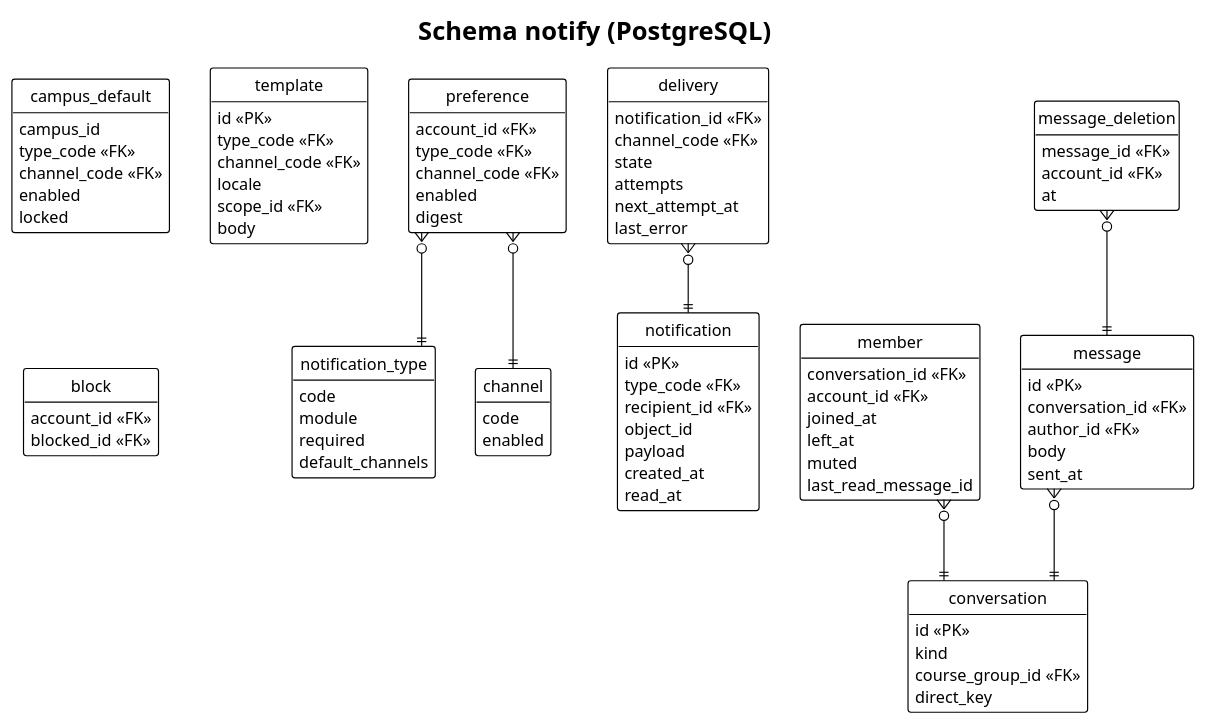
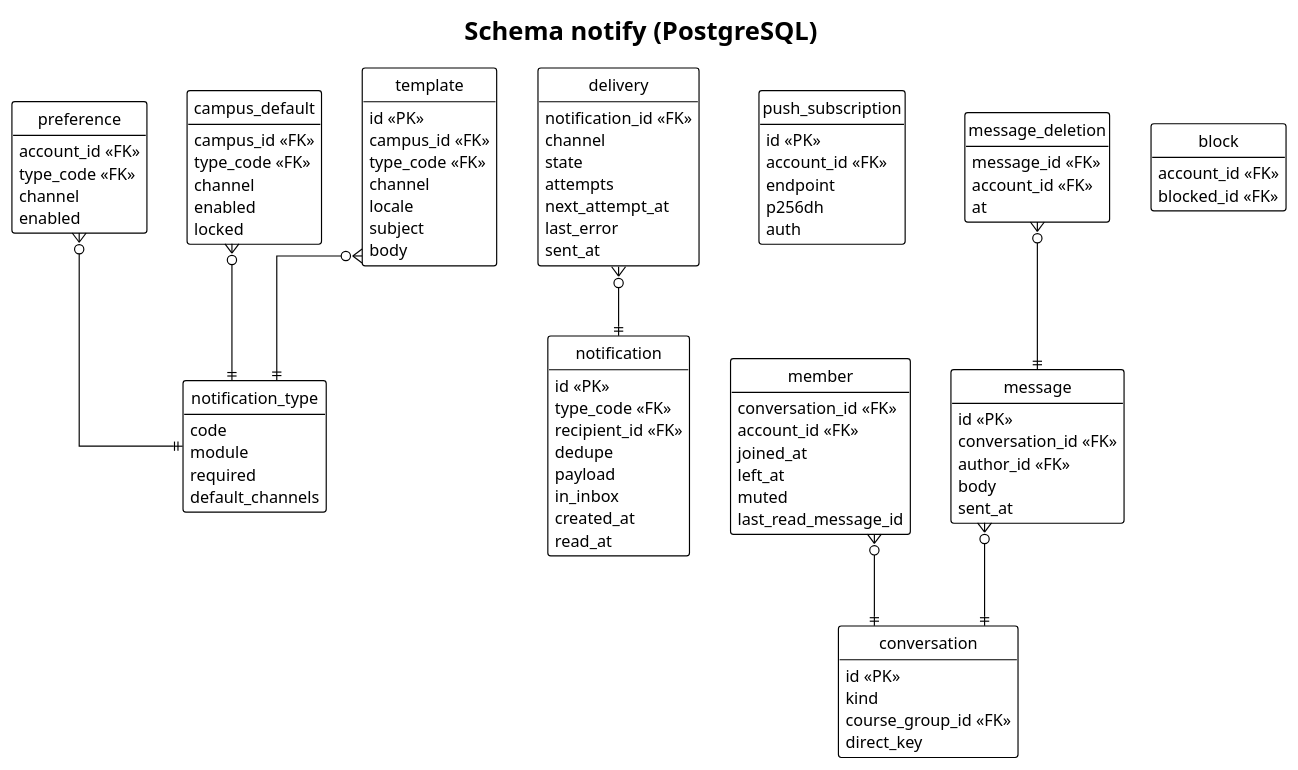
One commit to didactika/kampus changed the diagram in docs/03-design/data-model/notify.puml. Above: the diagram before and after it, drawn with PlantUML. The commit also changed 27 other files, not shown here.

First line of the commit message:
feat(notify): email and push channels with deliveries, templates and campus defaults

```diff
--- a/docs/03-design/data-model/notify.puml
+++ b/docs/03-design/data-model/notify.puml
@@ -1,94 +1,100 @@
 @startuml
 !theme plain
 hide empty members
 hide circle
 skinparam linetype ortho
 title Schema notify (PostgreSQL)
 
 entity notification_type {
   code
   module
   required
   default_channels
 }
-entity channel {
-  code
-  enabled
-}
 entity preference {
   account_id <<FK>>
   type_code <<FK>>
-  channel_code <<FK>>
+  channel
   enabled
-  digest
 }
 entity campus_default {
-  campus_id
+  campus_id <<FK>>
   type_code <<FK>>
-  channel_code <<FK>>
+  channel
   enabled
   locked
 }
 entity template {
   id <<PK>>
+  campus_id <<FK>>
   type_code <<FK>>
-  channel_code <<FK>>
+  channel
   locale
-  scope_id <<FK>>
+  subject
   body
 }
 entity notification {
   id <<PK>>
   type_code <<FK>>
   recipient_id <<FK>>
-  object_id
+  dedupe
   payload
+  in_inbox
   created_at
   read_at
 }
 entity delivery {
   notification_id <<FK>>
-  channel_code <<FK>>
+  channel
   state
   attempts
   next_attempt_at
   last_error
+  sent_at
+}
+entity push_subscription {
+  id <<PK>>
+  account_id <<FK>>
+  endpoint
+  p256dh
+  auth
 }
 entity conversation {
   id <<PK>>
   kind
   course_group_id <<FK>>
   direct_key
 }
 entity member {
   conversation_id <<FK>>
   account_id <<FK>>
   joined_at
   left_at
   muted
   last_read_message_id
 }
 entity message {
   id <<PK>>
   conversation_id <<FK>>
   author_id <<FK>>
   body
   sent_at
 }
 entity message_deletion {
   message_id <<FK>>
   account_id <<FK>>
   at
 }
 entity block {
   account_id <<FK>>
   blocked_id <<FK>>
 }
 
 preference }o--|| notification_type
-preference }o--|| channel
+campus_default }o--|| notification_type
+template }o--|| notification_type
 delivery }o--|| notification
 member }o--|| conversation
 message }o--|| conversation
 message_deletion }o--|| message
 @enduml
```
